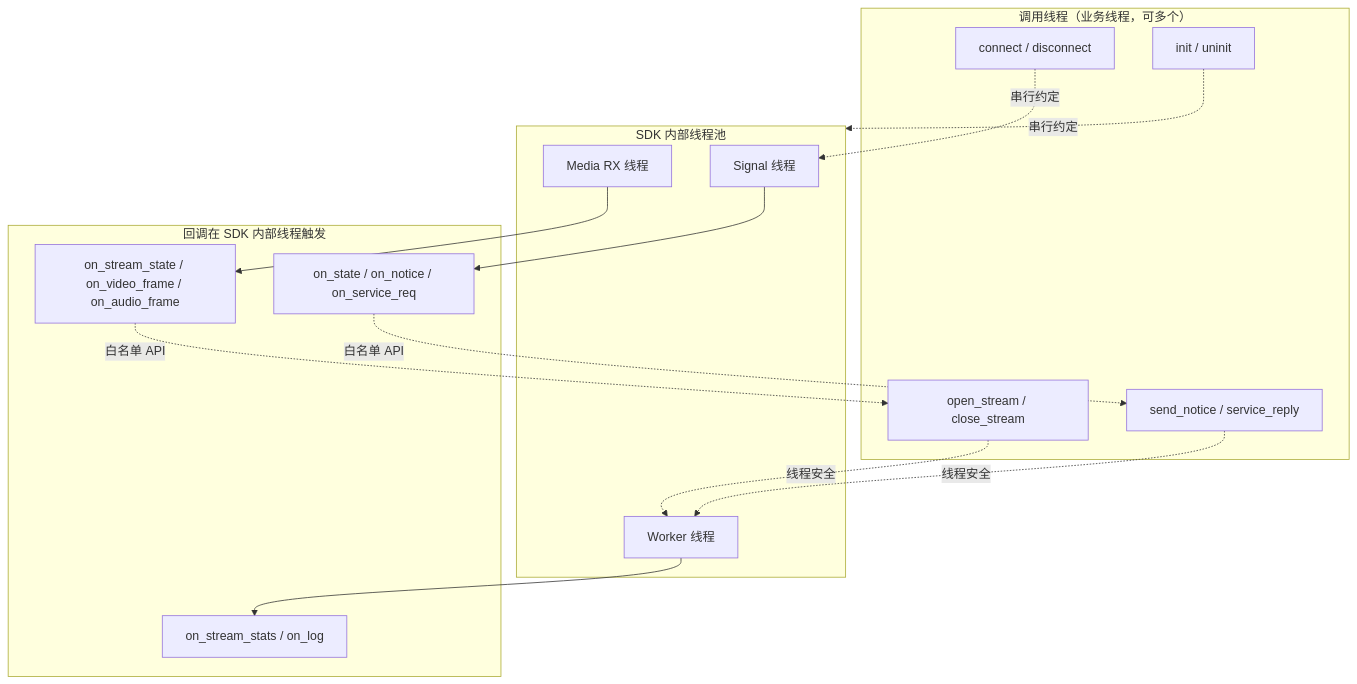
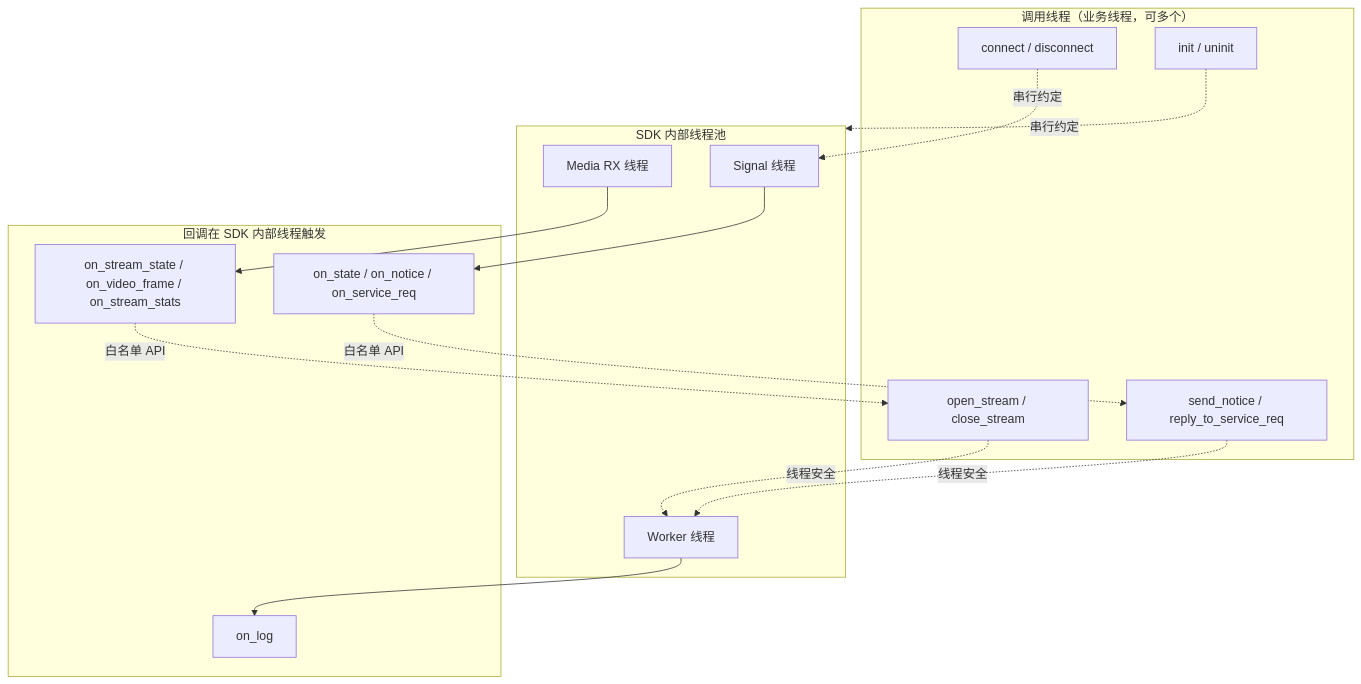
One commit to honeyyaya/libRoboFlow changed the tenth of 11 diagrams in docs/client_api_design.md. Above: the diagram before and after it, drawn with Mermaid. The commit also changed other lines of this file and 35 other files, not shown here.

````diff
--- a/docs/client_api_design.md
+++ b/docs/client_api_design.md
@@ -275,33 +273,33 @@
 ```mermaid
 flowchart TB
     subgraph 调用线程["调用线程（业务线程，可多个）"]
         U1[init / uninit]
         U2[connect / disconnect]
         U3[open_stream / close_stream]
-        U4[send_notice / service_reply]
+        U4[send_notice / reply_to_service_req]
     end
 
     subgraph SDK内部["SDK 内部线程池"]
         T1[Signal 线程]
         T2[Media RX 线程]
         T3[Worker 线程]
     end
 
     subgraph 回调目标["回调在 SDK 内部线程触发"]
         CB1[on_state / on_notice / on_service_req]
-        CB2[on_stream_state / on_video_frame / on_audio_frame]
-        CB3[on_stream_stats / on_log]
+        CB2[on_stream_state / on_video_frame / on_stream_stats]
+        CB3[on_log]
     end
 
     U1 -.串行约定.-> SDK内部
     U2 -.串行约定.-> T1
     U3 -.线程安全.-> T3
     U4 -.线程安全.-> T3
 
     T1 --> CB1
     T2 --> CB2
     T3 --> CB3
 
     CB2 -.白名单 API.-> U3
     CB1 -.白名单 API.-> U4
 ```
````
